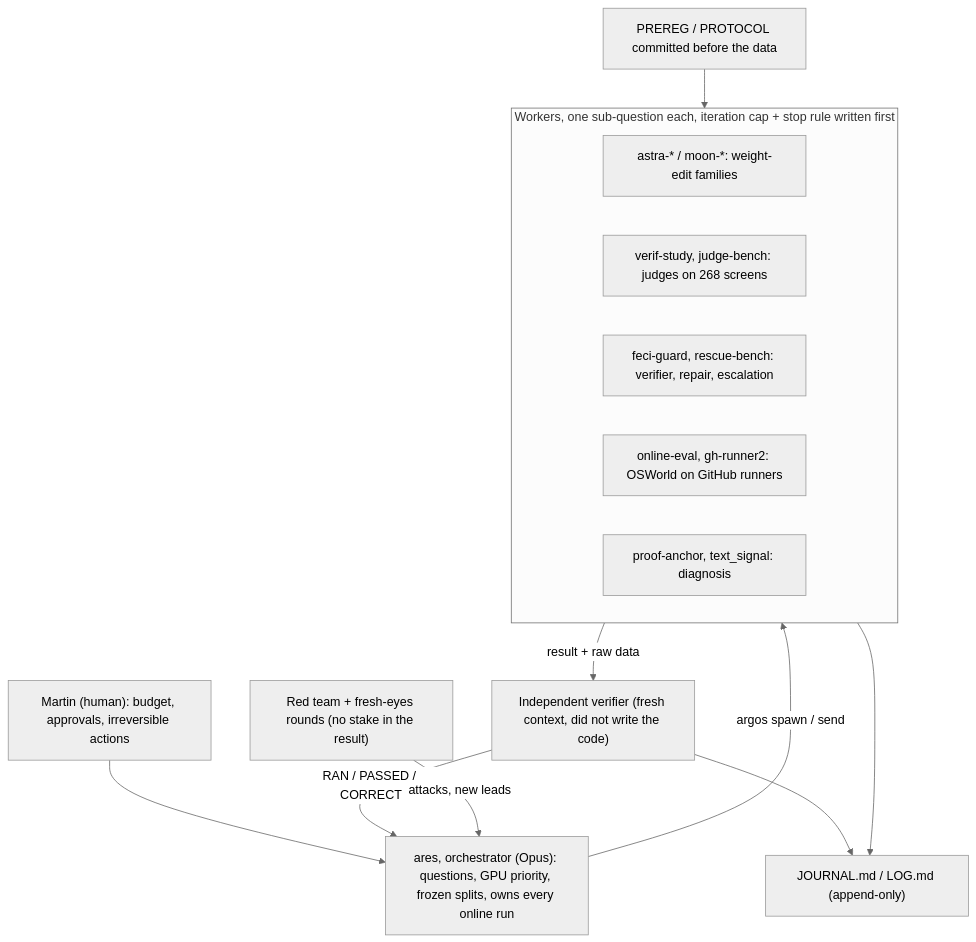
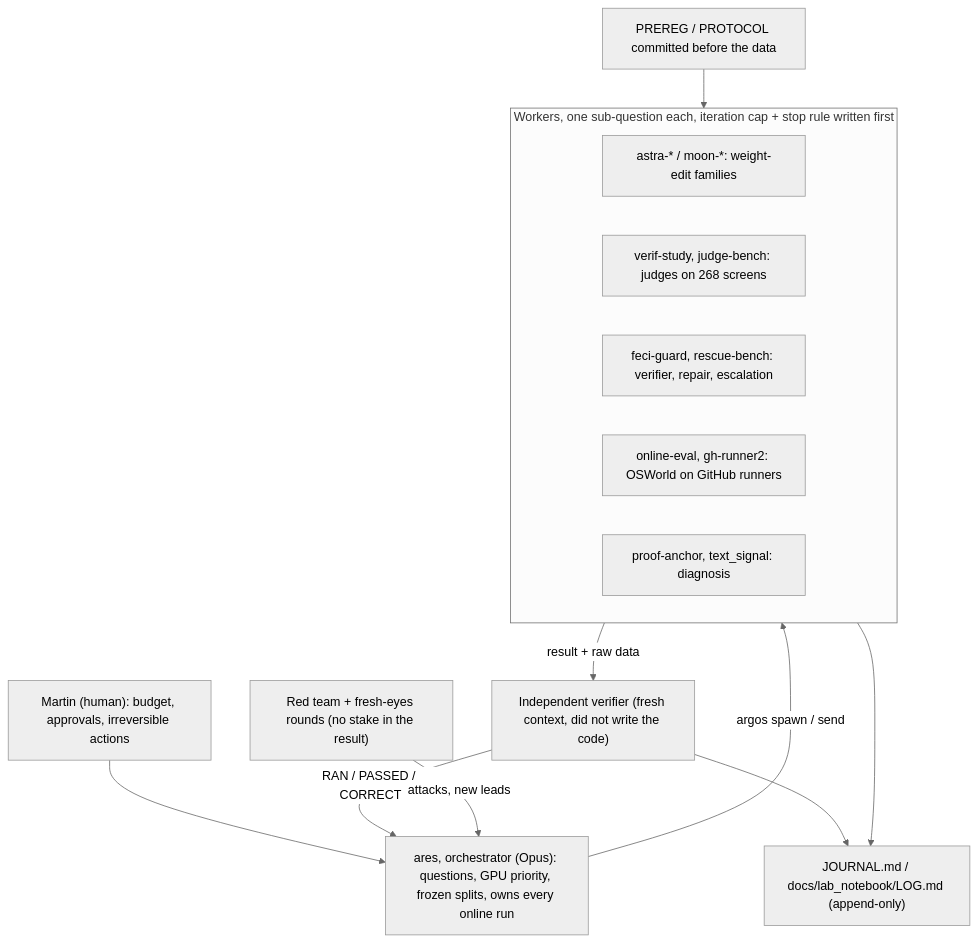
The first of 4 diagrams in docs/RESEARCH_SYSTEM.md (martinbon39/ComputerUseHackaton), drawn with Mermaid (neutral theme) before and after one commit. The commit also changed other lines of this file and 4953 other files, not shown here.

````diff
--- a/docs/RESEARCH_SYSTEM.md
+++ b/docs/RESEARCH_SYSTEM.md
@@ -36,21 +37,21 @@
 ```mermaid
 flowchart TB
     M["Martin (human): budget, approvals, irreversible actions"]
     A["ares, orchestrator (Opus): questions, GPU priority, frozen splits, owns every online run"]
     M --> A
     subgraph W["Workers, one sub-question each, iteration cap + stop rule written first"]
       direction LR
       W1["astra-* / moon-*: weight-edit families"]
       W2["verif-study, judge-bench: judges on 268 screens"]
       W3["feci-guard, rescue-bench: verifier, repair, escalation"]
       W4["online-eval, gh-runner2: OSWorld on GitHub runners"]
       W5["proof-anchor, text_signal: diagnosis"]
     end
     A -- "argos spawn / send" --> W
     P["PREREG / PROTOCOL committed before the data"] --> W
     W -- "result + raw data" --> V["Independent verifier (fresh context, did not write the code)"]
     V -- "RAN / PASSED / CORRECT" --> A
     R["Red team + fresh-eyes rounds (no stake in the result)"] -- "attacks, new leads" --> A
-    W --> J["JOURNAL.md / LOG.md (append-only)"]
+    W --> J["JOURNAL.md / docs/lab_notebook/LOG.md (append-only)"]
     V --> J
 ```
````
